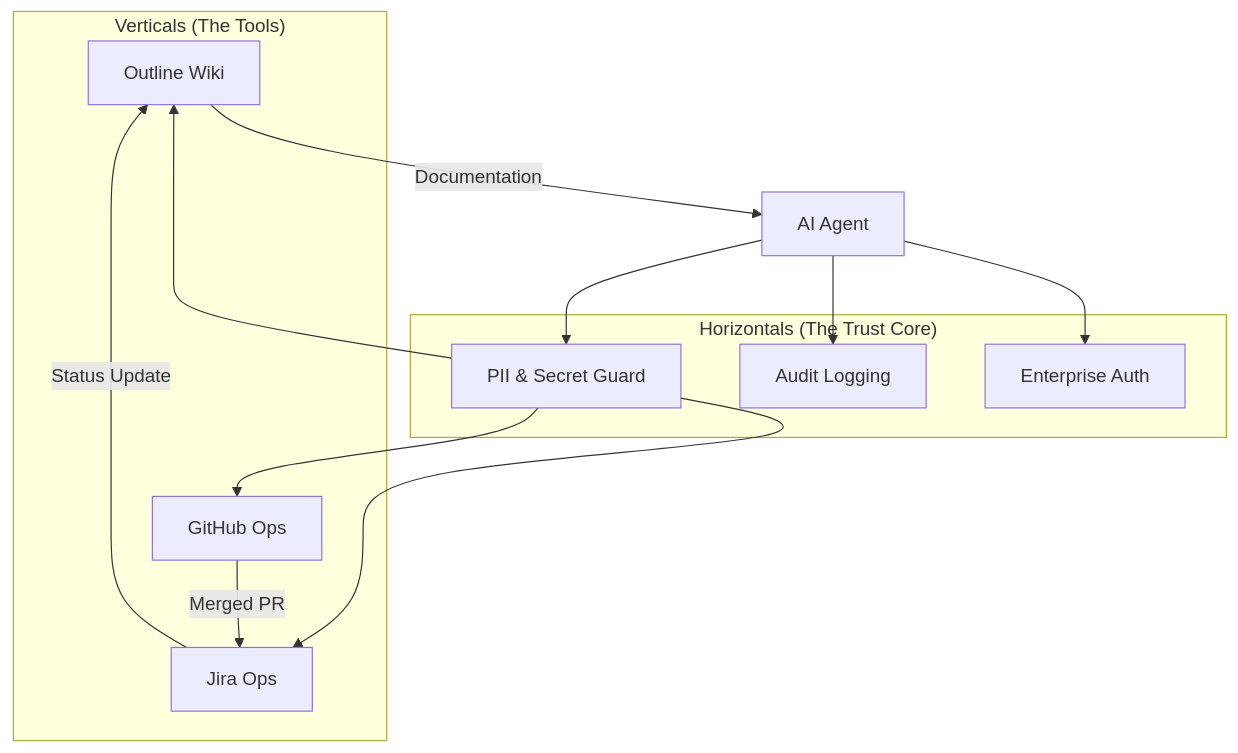
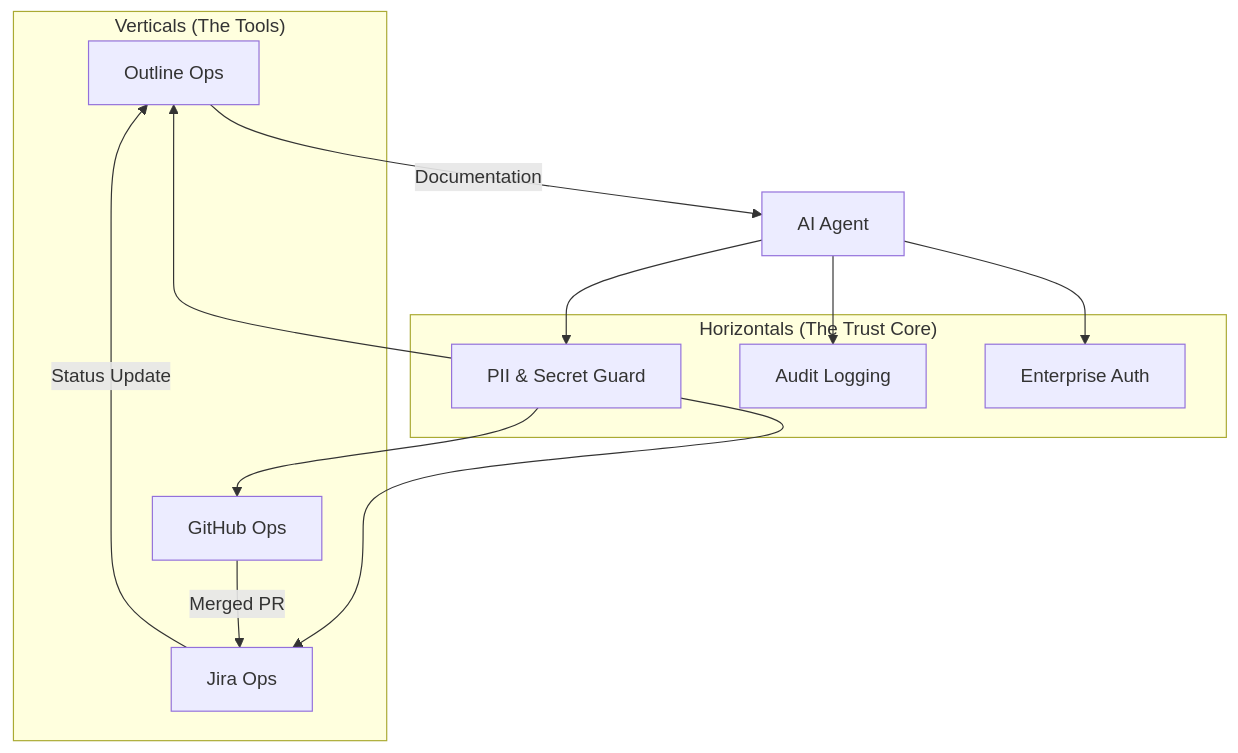
The diagram in ARCHITECTURE.md (KhairulA/eng-ops-skills), drawn with Mermaid before and after one commit. The commit also changed 24 other files, not shown here.

Commit message:
refactor: rename outline-wiki to outline-ops for suite consistency

````diff
--- a/ARCHITECTURE.md
+++ b/ARCHITECTURE.md
@@ -7,28 +7,28 @@
 ```mermaid
 graph TD
     subgraph "Verticals (The Tools)"
-        V1[Outline Wiki]
+        V1[Outline Ops]
         V2[Jira Ops]
         V3[GitHub Ops]
     end
 
     subgraph "Horizontals (The Trust Core)"
         H1[PII & Secret Guard]
         H2[Audit Logging]
         H3[Enterprise Auth]
     end
 
     Agent[AI Agent]
     
     Agent --> H1
     Agent --> H2
     Agent --> H3
     
     H1 --> V1
     H1 --> V2
     H1 --> V3
     
     V3 -- Merged PR --> V2
     V2 -- Status Update --> V1
     V1 -- Documentation --> Agent
 ```
````
